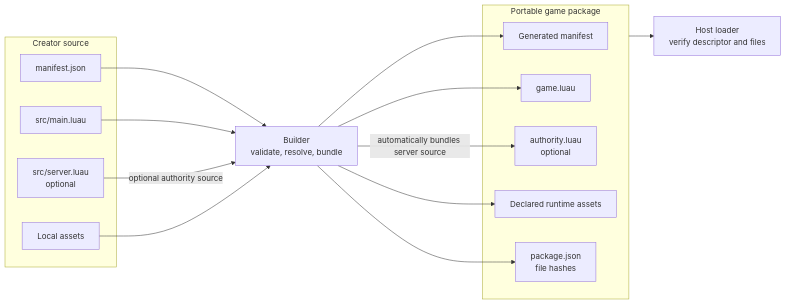
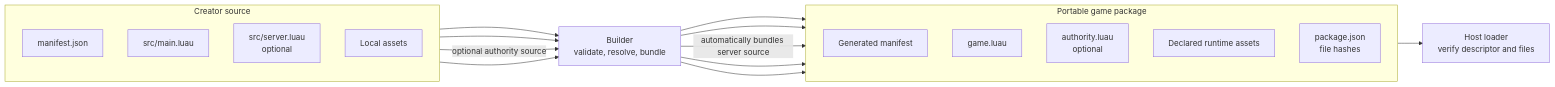
The first of 2 diagrams in contracts/game-package.md (cubacadabra/docs), drawn with Mermaid before and after one commit. The commit also changed other lines of this file and 11 other files, not shown here.

````diff
--- a/contracts/game-package.md
+++ b/contracts/game-package.md
@@ -28,32 +28,34 @@
 ```mermaid
 flowchart LR
     subgraph Source["Creator source"]
+        direction TB
         Manifest["manifest.json"]
         Main["src/main.luau"]
         Server["src/server.luau<br/>optional"]
         Assets["Local assets"]
     end
 
     Builder["Builder<br/>validate, resolve, bundle"]
 
     subgraph Package["Portable game package"]
+        direction TB
         GeneratedManifest["Generated manifest"]
         Game["game.luau"]
         Authority["authority.luau<br/>optional"]
         RuntimeAssets["Declared runtime assets"]
         Descriptor["package.json<br/>file hashes"]
     end
 
     Host["Host loader<br/>verify descriptor and files"]
 
     Manifest --> Builder
     Main --> Builder
     Server -->|"optional authority source"| Builder
     Assets --> Builder
     Builder --> GeneratedManifest
     Builder --> Game
     Builder -->|"automatically bundles server source"| Authority
     Builder --> RuntimeAssets
     Builder --> Descriptor
     Package --> Host
 ```
````
